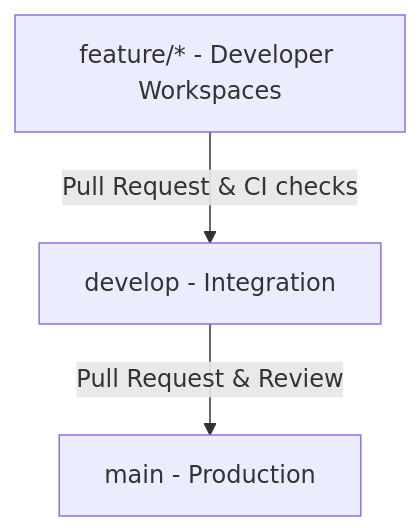
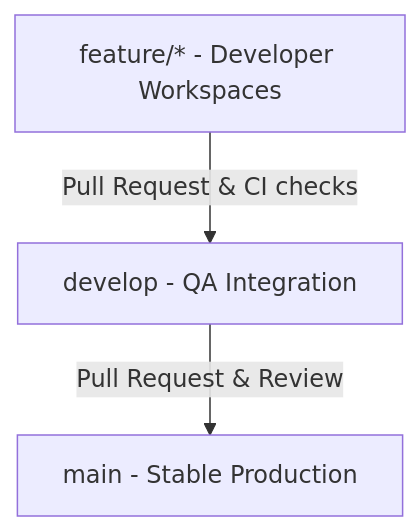
Before and after one commit to TheNameIsVishvesh/Oasisinfobyte-Crustiva-Pizza-Delivery-Application: the diagram in README.md, drawn with Mermaid. The commit also changed other lines of this file, not shown here.

````diff
--- a/README.md
+++ b/README.md
@@ -226,9 +350,9 @@
 ```mermaid
 graph TD
-    main[main - Production]
-    develop[develop - Integration]
+    main[main - Stable Production]
+    develop[develop - QA Integration]
     feature[feature/* - Developer Workspaces]
 
     develop -->|Pull Request & Review| main
     feature -->|Pull Request & CI checks| develop
 ```
````
